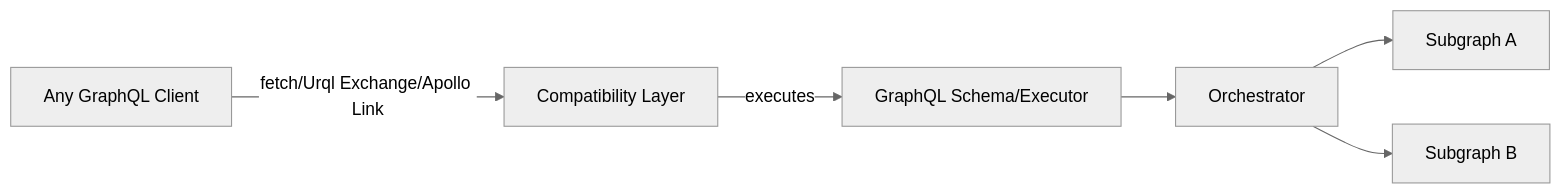
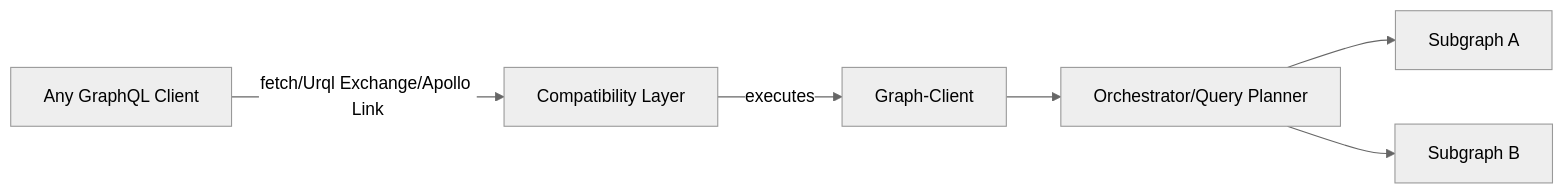
One commit to graphprotocol/graph-client changed the second of 5 diagrams in docs/architecture.md. Above: the diagram before and after it, drawn with Mermaid (neutral theme). The commit also changed other lines of this file, not shown here.

````diff
--- a/docs/architecture.md
+++ b/docs/architecture.md
@@ -10,8 +23,8 @@
 ```mermaid 
 graph LR;
     c[Any GraphQL Client]-->|fetch/Urql Exchange/Apollo Link|l[Compatibility Layer];
-    l-->|executes|g[GraphQL Schema/Executor];
-    g-->op[Orchestrator]
+    l-->|executes|g[Graph-Client];
+    g-->op[Orchestrator/Query Planner]
     op-->sA[Subgraph A]; 
     op-->sB[Subgraph B]; 
 ```
````
